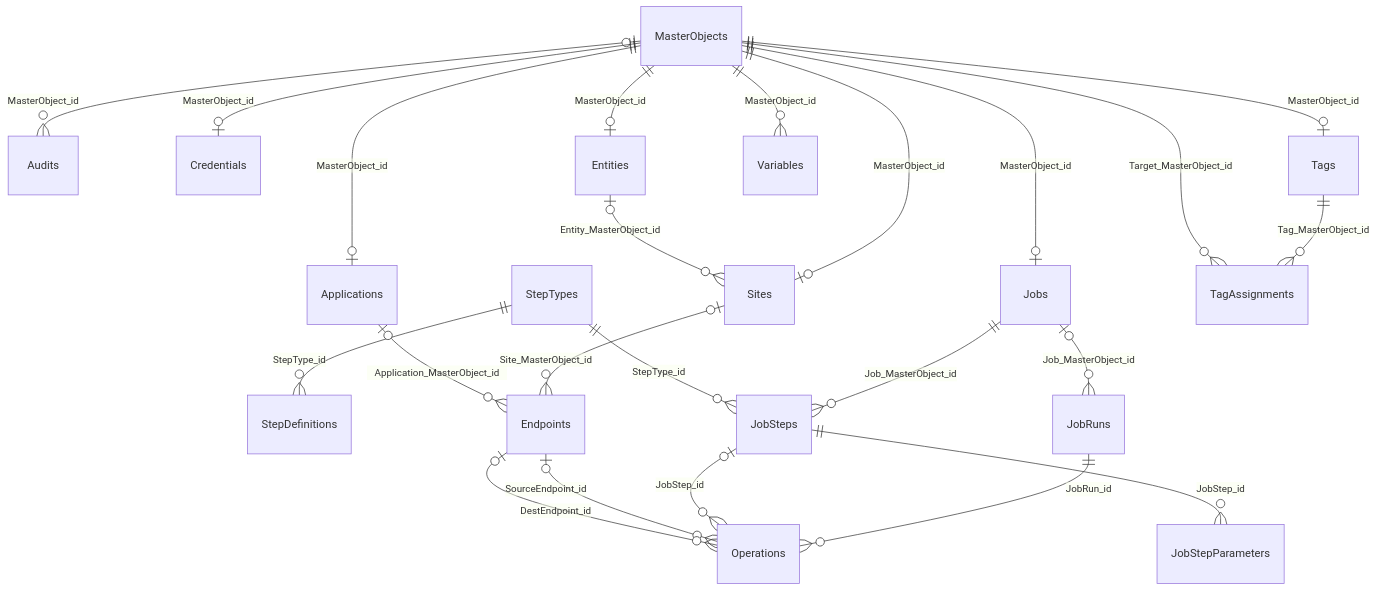
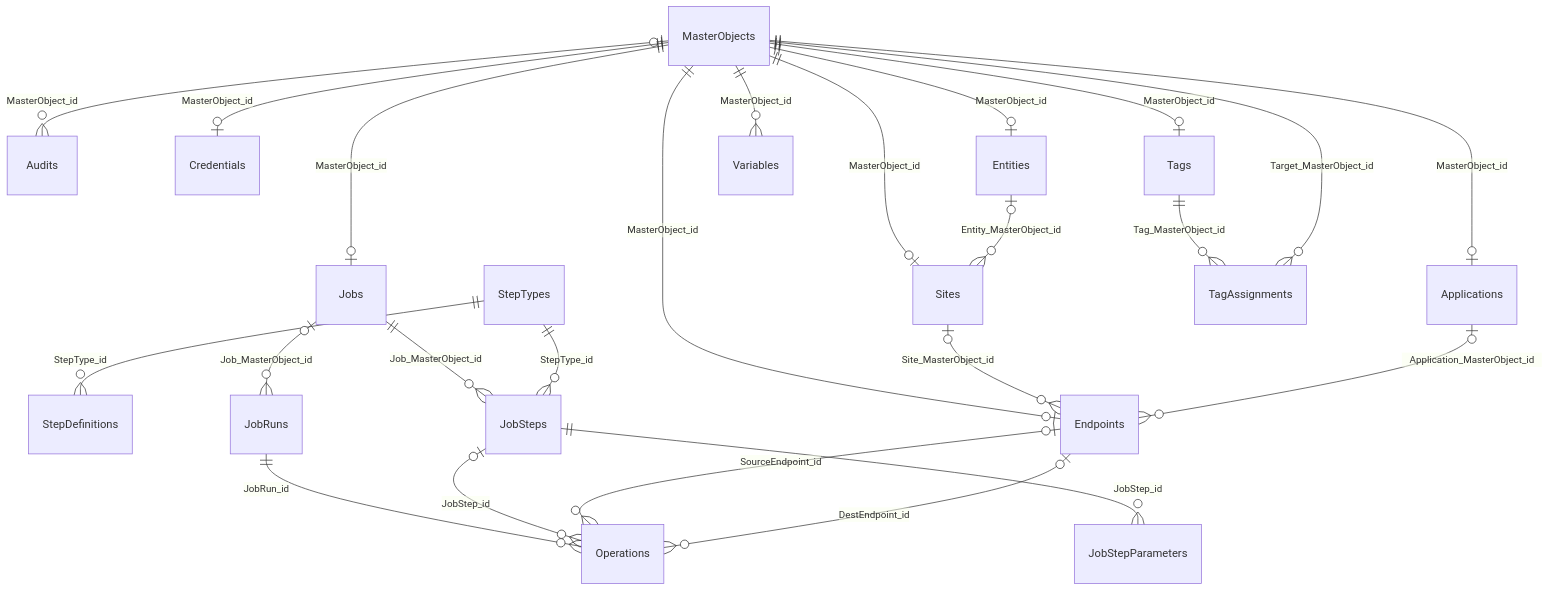
One commit to JayCBoal/AutomationApp changed the first of 4 diagrams in docs/DB_SCHEMA.md. Above: the diagram before and after it, drawn with Mermaid. The commit also changed other lines of this file and 11 other files, not shown here.

First line of the commit message:
Make endpoints master objects

````diff
--- a/docs/DB_SCHEMA.md
+++ b/docs/DB_SCHEMA.md
@@ -17,25 +17,26 @@
 ```mermaid
 erDiagram
     MasterObjects ||--o| Applications : "MasterObject_id"
     MasterObjects |o--o{ Audits : "MasterObject_id"
     MasterObjects ||--o| Credentials : "MasterObject_id"
     MasterObjects ||--o| Entities : "MasterObject_id"
     MasterObjects ||--o| Jobs : "MasterObject_id"
     StepTypes ||--o{ StepDefinitions : "StepType_id"
     MasterObjects ||--o| Tags : "MasterObject_id"
     MasterObjects ||--o{ Variables : "MasterObject_id"
     Jobs |o--o{ JobRuns : "Job_MasterObject_id"
     Jobs ||--o{ JobSteps : "Job_MasterObject_id"
     StepTypes ||--o{ JobSteps : "StepType_id"
     MasterObjects ||--o| Sites : "MasterObject_id"
     Entities |o--o{ Sites : "Entity_MasterObject_id"
     Tags ||--o{ TagAssignments : "Tag_MasterObject_id"
     MasterObjects ||--o{ TagAssignments : "Target_MasterObject_id"
+    MasterObjects ||--o| Endpoints : "MasterObject_id"
     Sites |o--o{ Endpoints : "Site_MasterObject_id"
     Applications |o--o{ Endpoints : "Application_MasterObject_id"
     JobSteps ||--o{ JobStepParameters : "JobStep_id"
     JobRuns ||--o{ Operations : "JobRun_id"
     JobSteps |o--o{ Operations : "JobStep_id"
     Endpoints |o--o{ Operations : "SourceEndpoint_id"
     Endpoints |o--o{ Operations : "DestEndpoint_id"
 ```
````
